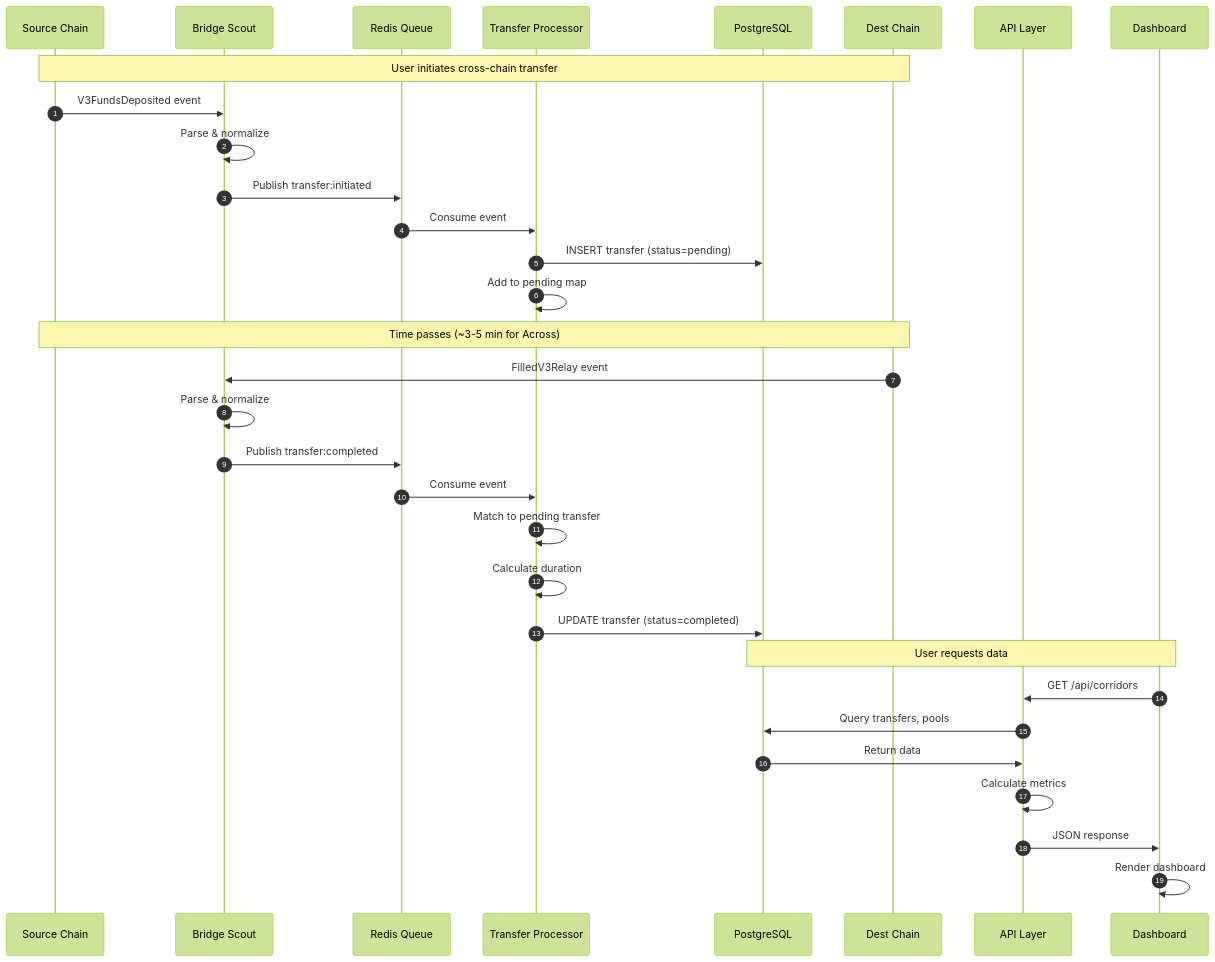
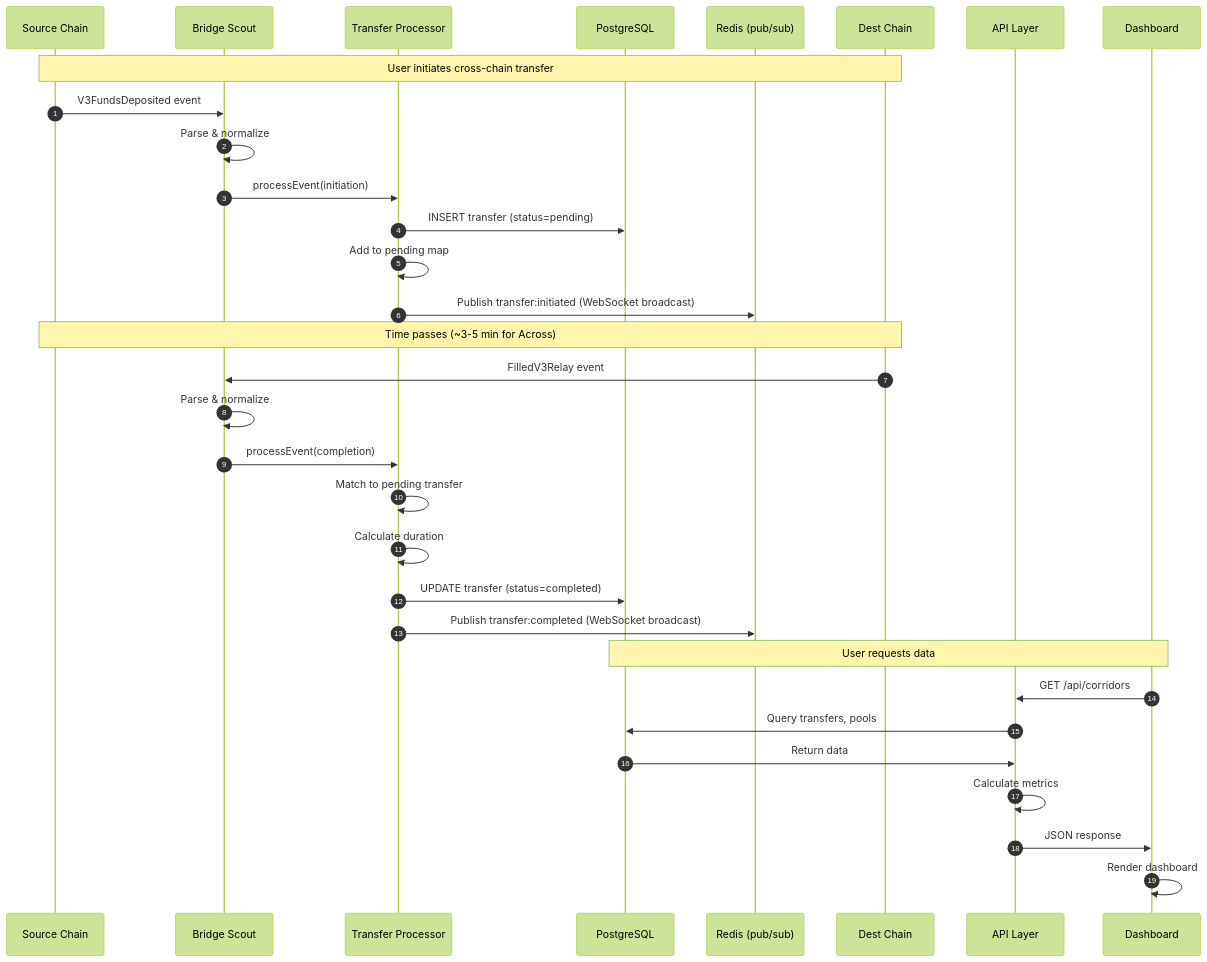
One commit to Jason-Dorman/corridor-scouts changed the second of 12 diagrams in docs/ARCHITECTURE-DIAGRAMS.md. Above: the diagram before and after it, drawn with Mermaid (forest theme). The commit also changed other lines of this file and 19 other files, not shown here.

````diff
--- a/docs/ARCHITECTURE-DIAGRAMS.md
+++ b/docs/ARCHITECTURE-DIAGRAMS.md
@@ -49,40 +49,40 @@
 ```mermaid
 sequenceDiagram
     autonumber
     participant SC as Source Chain
     participant Scout as Bridge Scout
-    participant Queue as Redis Queue
     participant Proc as Transfer Processor
     participant DB as PostgreSQL
+    participant RD as Redis (pub/sub)
     participant DC as Dest Chain
     participant API as API Layer
     participant UI as Dashboard
 
     Note over SC,DC: User initiates cross-chain transfer
 
     SC->>Scout: V3FundsDeposited event
     Scout->>Scout: Parse & normalize
-    Scout->>Queue: Publish transfer:initiated
-    Queue->>Proc: Consume event
+    Scout->>Proc: processEvent(initiation)
     Proc->>DB: INSERT transfer (status=pending)
     Proc->>Proc: Add to pending map
+    Proc->>RD: Publish transfer:initiated (WebSocket broadcast)
 
     Note over SC,DC: Time passes (~3-5 min for Across)
 
     DC->>Scout: FilledV3Relay event
     Scout->>Scout: Parse & normalize
-    Scout->>Queue: Publish transfer:completed
-    Queue->>Proc: Consume event
+    Scout->>Proc: processEvent(completion)
     Proc->>Proc: Match to pending transfer
     Proc->>Proc: Calculate duration
     Proc->>DB: UPDATE transfer (status=completed)
+    Proc->>RD: Publish transfer:completed (WebSocket broadcast)
 
     Note over DB,UI: User requests data
 
     UI->>API: GET /api/corridors
     API->>DB: Query transfers, pools
     DB->>API: Return data
     API->>API: Calculate metrics
     API->>UI: JSON response
     UI->>UI: Render dashboard
 ```
````
